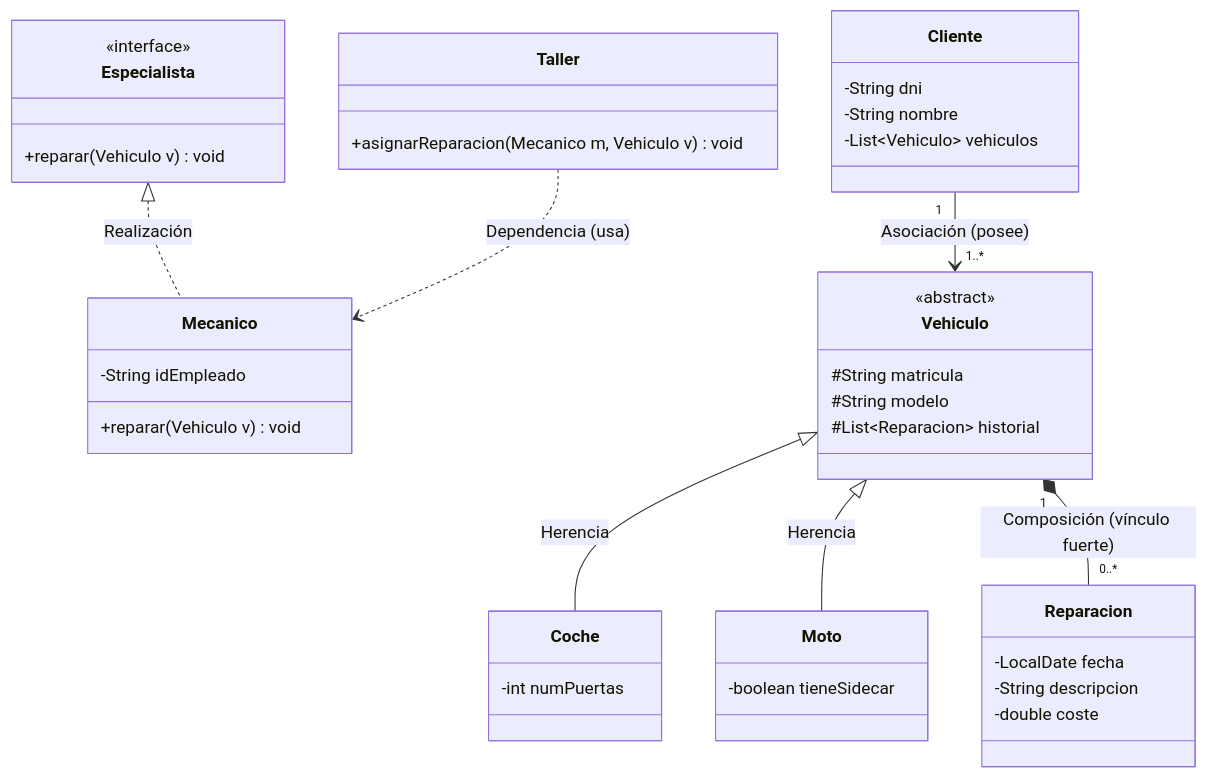
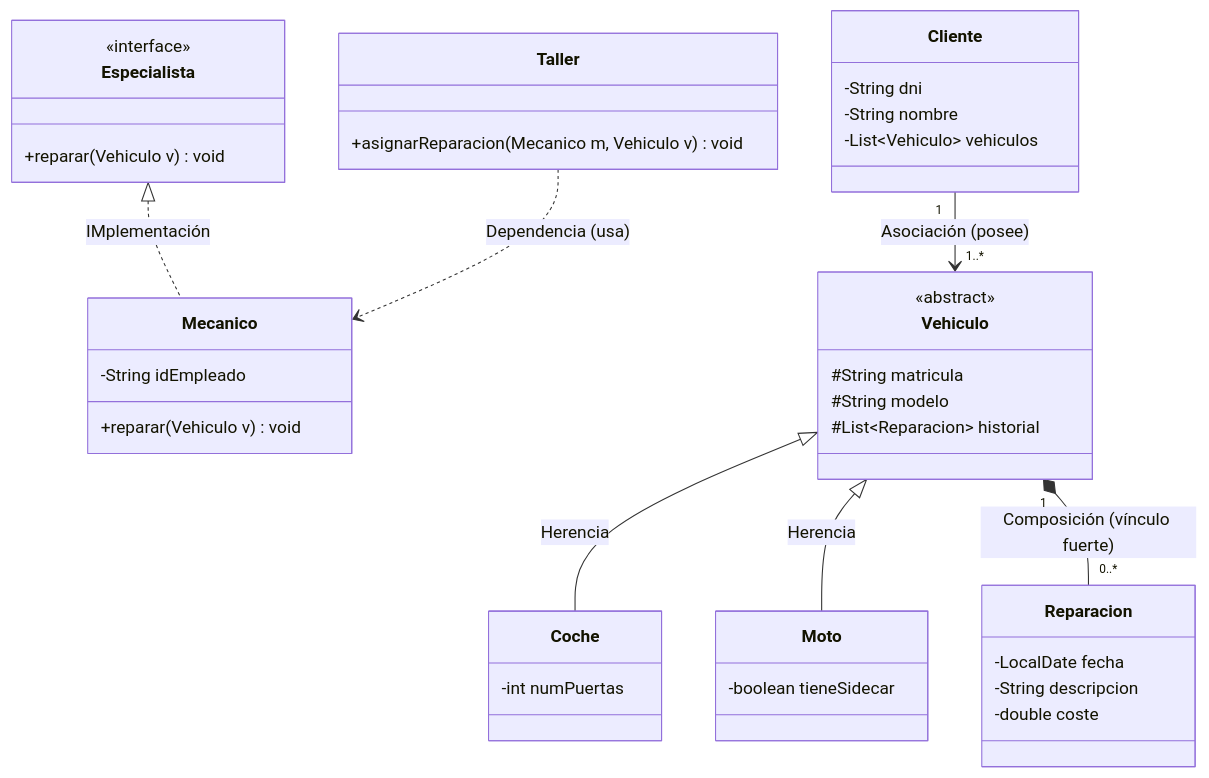
The first of 2 diagrams in DESIGN.md (smontes-profe/entornos-6.3), drawn with Mermaid before and after one commit.

Commit message:
Fix typo in relationship description for Mecanico

````diff
--- a/DESIGN.md
+++ b/DESIGN.md
@@ -1,51 +1,51 @@
 ```mermaid
 classDiagram
     class Especialista {
         <<interface>>
         +reparar(Vehiculo v) void
     }
  
     class Mecanico {
         -String idEmpleado
         +reparar(Vehiculo v) void
     }
  
     class Cliente {
         -String dni
         -String nombre
         -List~Vehiculo~ vehiculos
     }
  
     class Vehiculo {
         <<abstract>>
         #String matricula
         #String modelo
         #List~Reparacion~ historial
     }
  
     class Coche {
         -int numPuertas
     }
  
     class Moto {
         -boolean tieneSidecar
     }
  
     class Reparacion {
         -LocalDate fecha
         -String descripcion
         -double coste
     }
  
     class Taller {
         +asignarReparacion(Mecanico m, Vehiculo v) void
     }
  
     %% Relaciones
-    Especialista <|.. Mecanico : Realización
+    Especialista <|.. Mecanico : IMplementación
     Vehiculo <|-- Coche : Herencia
     Vehiculo <|-- Moto : Herencia
     Cliente "1" --> "1..*" Vehiculo : Asociación (posee)
     Vehiculo "1" *-- "0..*" Reparacion : Composición (vínculo fuerte)
     Taller ..> Mecanico : Dependencia (usa)
 ```
````
